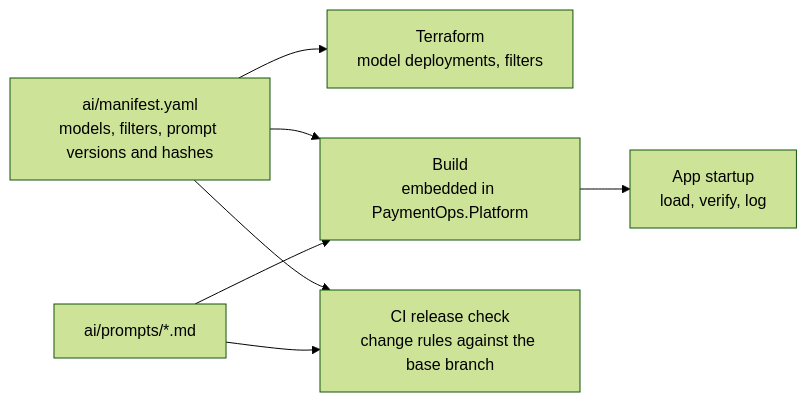
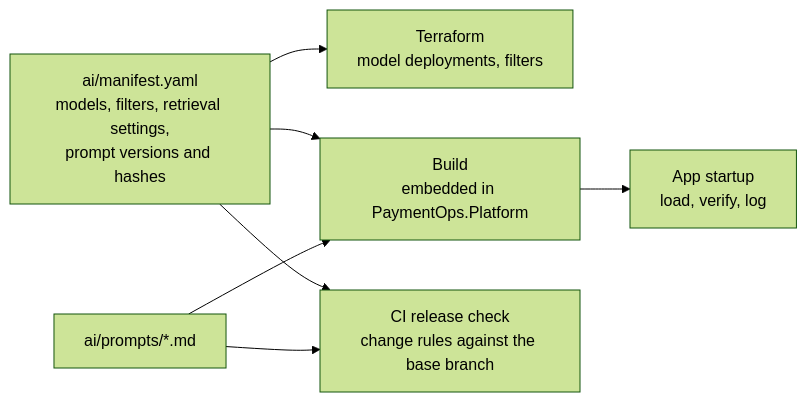
The second of 5 diagrams in docs/Architecture.md (ankurparekh1988/payment-ops-investigation-agent), drawn with Mermaid (forest theme) before and after one commit. The commit also changed other lines of this file and 114 other files, not shown here.

````diff
--- a/docs/Architecture.md
+++ b/docs/Architecture.md
@@ -45,16 +46,16 @@
 ```mermaid
 flowchart LR
-  M["ai/manifest.yaml<br/>models, filters, prompt versions and hashes"]
+  M["ai/manifest.yaml<br/>models, filters, retrieval settings,<br/>prompt versions and hashes"]
   P["ai/prompts/*.md"]
   TF["Terraform<br/>model deployments, filters"]
   B["Build<br/>embedded in PaymentOps.Platform"]
   APP["App startup<br/>load, verify, log"]
   CI["CI release check<br/>change rules against the base branch"]
 
   M --> TF
   M --> B
   P --> B
   B --> APP
   M --> CI
   P --> CI
 ```
````
